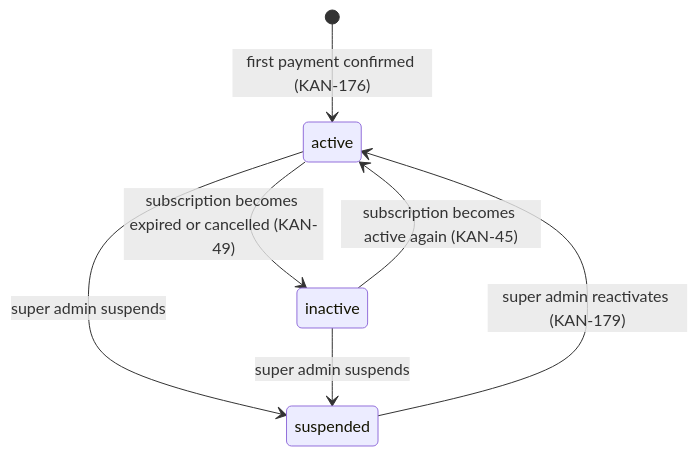
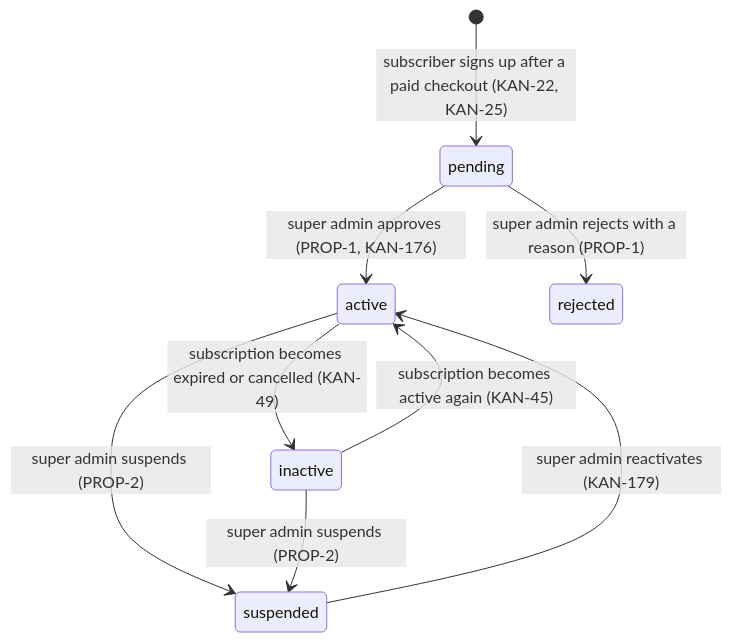
The third of 5 diagrams in .agents/skills/domain-glossary/SKILL.md (Ran147/booking_system_web), drawn with Mermaid before and after one commit. The commit also changed other lines of this file and 64 other files, not shown here.

````diff
--- a/.agents/skills/domain-glossary/SKILL.md
+++ b/.agents/skills/domain-glossary/SKILL.md
@@ -137,9 +150,11 @@
 ```mermaid
 stateDiagram-v2
-  [*] --> active: first payment confirmed (KAN-176)
+  [*] --> pending: subscriber signs up after a paid checkout (KAN-22, KAN-25)
+  pending --> active: super admin approves (PROP-1, KAN-176)
+  pending --> rejected: super admin rejects with a reason (PROP-1)
   active --> inactive: subscription becomes expired or cancelled (KAN-49)
   inactive --> active: subscription becomes active again (KAN-45)
-  active --> suspended: super admin suspends
-  inactive --> suspended: super admin suspends
+  active --> suspended: super admin suspends (PROP-2)
+  inactive --> suspended: super admin suspends (PROP-2)
   suspended --> active: super admin reactivates (KAN-179)
 ```
````
